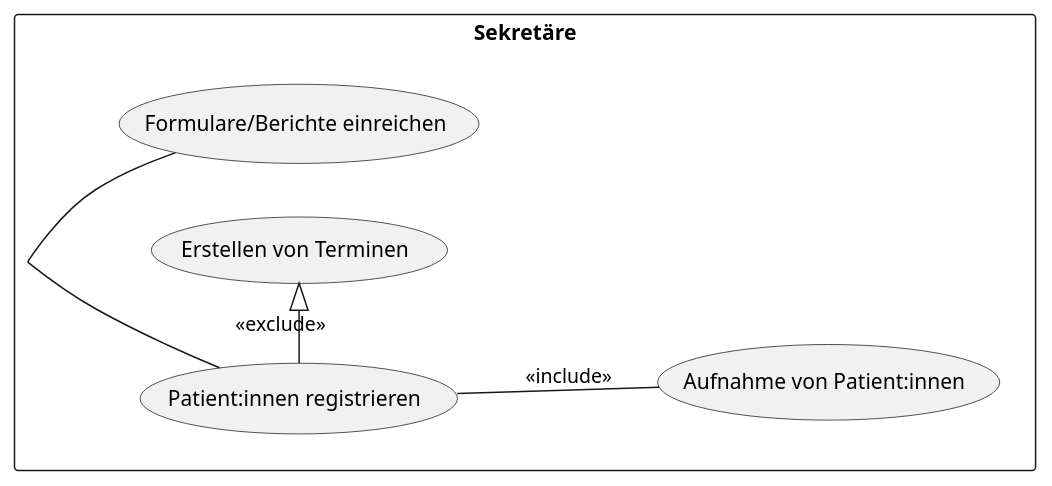
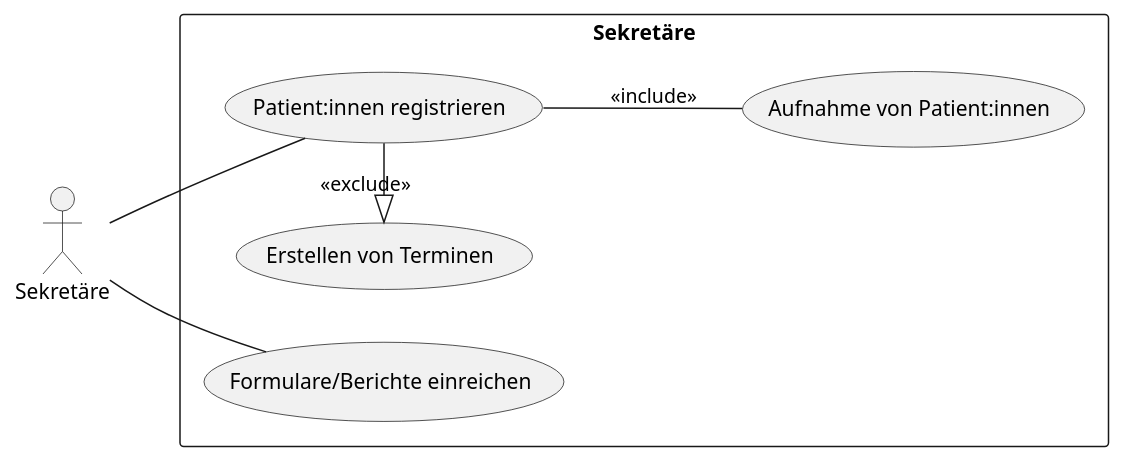
Before and after one commit to fh-erfurt/ss23-kba-project: the eighth of 9 diagrams in docs/2_planning/1_business_use_cases.md, drawn with PlantUML. The commit also changed other lines of this file, not shown here.

````diff
--- a/docs/2_planning/1_business_use_cases.md
+++ b/docs/2_planning/1_business_use_cases.md
@@ -160,19 +160,19 @@
 ```plantuml
 @startuml
 left to right direction
-actor Sekretäre
+actor "Sekretäre" as se
 
 rectangle "Sekretäre" {
   (Formulare/Berichte einreichen) as UC1
   (Patient:innen registrieren) as UC2
   (Erstellen von Terminen) as UC3
   (Aufnahme von Patient:innen) as UC4
 
   UC2 -left-|> UC3 : <<exclude>>
   UC2 -- UC4 : <<include>>
 }
 
-Sekretäre -- UC1
-Sekretäre -- UC2
+se -- UC1
+se -- UC2
 @enduml
 ```
````
